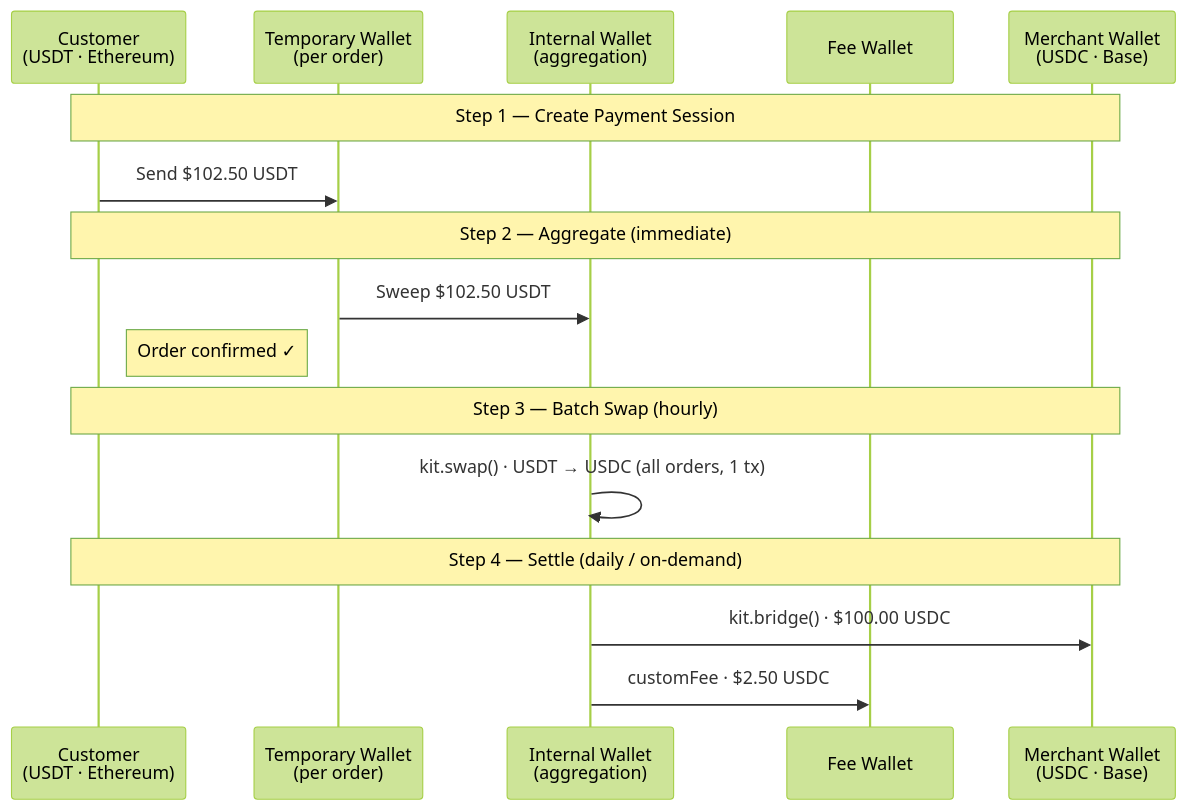
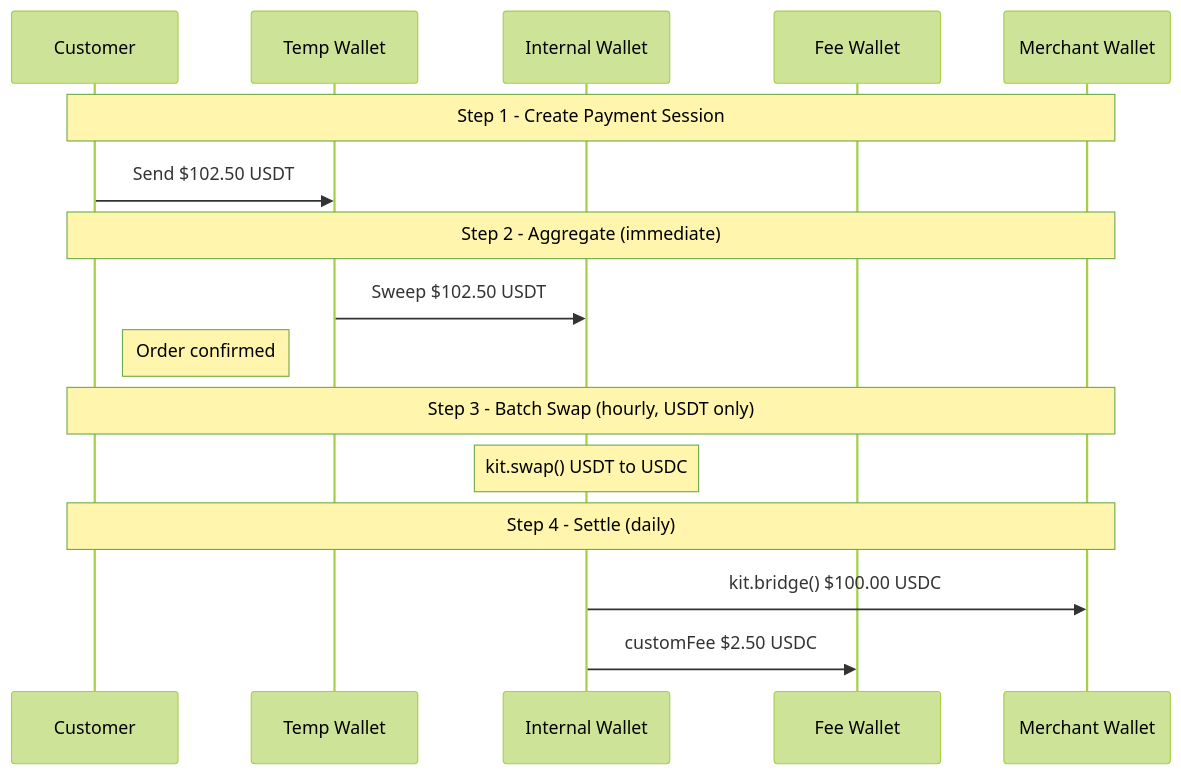
The diagram in app-kit-use-cases/01-STABLECOIN-ACQUIRING.md (jzeng-circle/app-kit-use-cases), drawn with Mermaid (forest theme) before and after one commit. The commit also changed other lines of this file and 1 other file, not shown here.

First line of the commit message:
Add wallet type explanations to fund flow diagrams

````diff
--- a/app-kit-use-cases/01-STABLECOIN-ACQUIRING.md
+++ b/app-kit-use-cases/01-STABLECOIN-ACQUIRING.md
@@ -28,22 +26,22 @@
 ```mermaid
 sequenceDiagram
-    participant C as Customer<br/>(USDT · Ethereum)
-    participant T as Temporary Wallet<br/>(per order)
-    participant I as Internal Wallet<br/>(aggregation)
+    participant C as Customer
+    participant T as Temp Wallet
+    participant I as Internal Wallet
     participant F as Fee Wallet
-    participant M as Merchant Wallet<br/>(USDC · Base)
+    participant M as Merchant Wallet
 
-    Note over C,M: Step 1 — Create Payment Session
+    Note over C,M: Step 1 - Create Payment Session
     C->>T: Send $102.50 USDT
 
-    Note over C,M: Step 2 — Aggregate (immediate)
+    Note over C,M: Step 2 - Aggregate (immediate)
     T->>I: Sweep $102.50 USDT
-    Note right of C: Order confirmed ✓
+    Note right of C: Order confirmed
 
-    Note over C,M: Step 3 — Batch Swap (hourly)
-    I->>I: kit.swap() · USDT → USDC (all orders, 1 tx)
+    Note over C,M: Step 3 - Batch Swap (hourly, USDT only)
+    Note over I: kit.swap() USDT to USDC
 
-    Note over C,M: Step 4 — Settle (daily / on-demand)
-    I->>M: kit.bridge() · $100.00 USDC
-    I->>F: customFee · $2.50 USDC
+    Note over C,M: Step 4 - Settle (daily)
+    I->>M: kit.bridge() $100.00 USDC
+    I->>F: customFee $2.50 USDC
 ```
````
